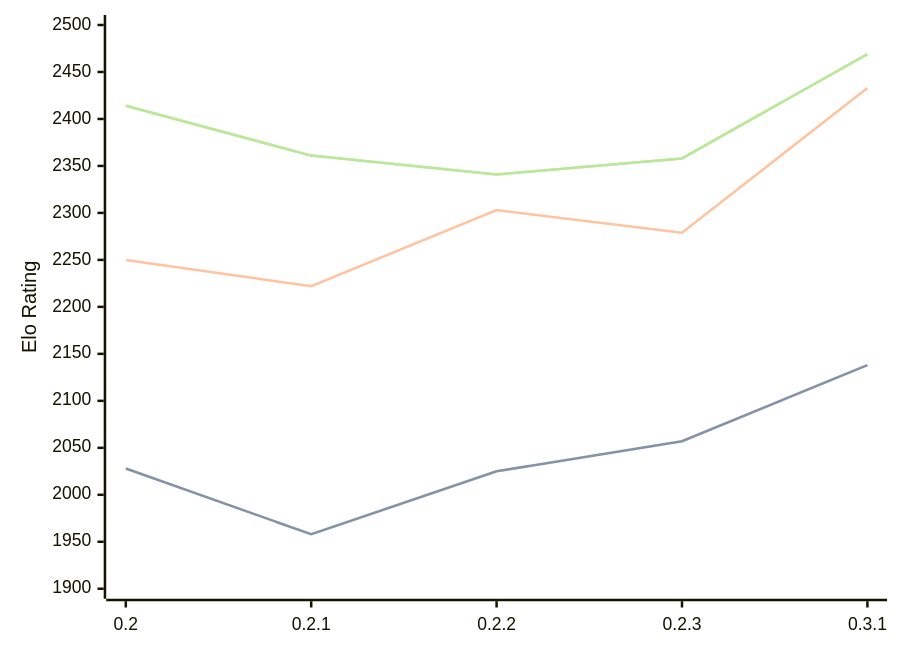
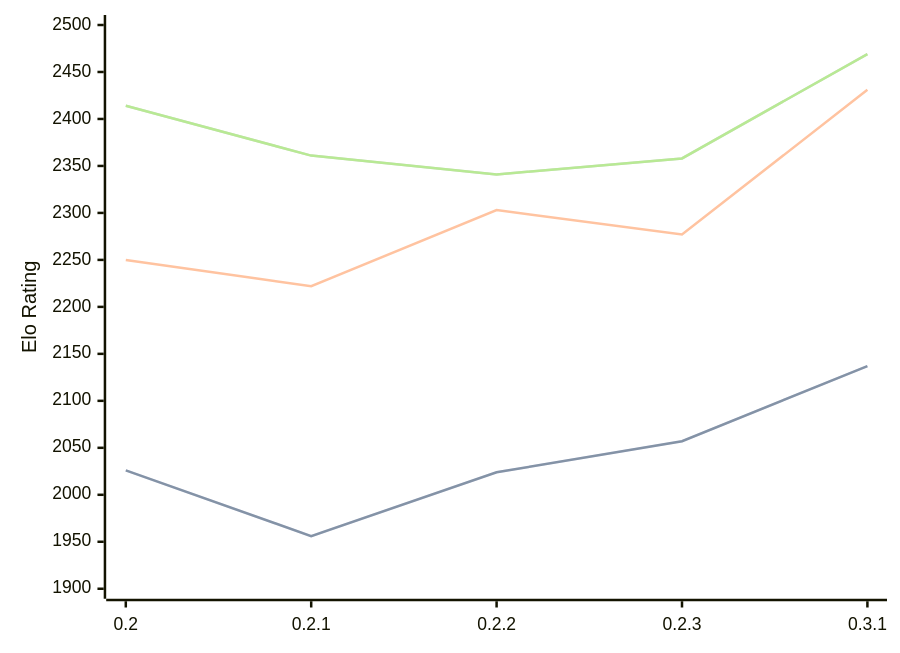
Before and after one commit to computer-chess-index/cci: the diagram in engines/Lolbot.md, drawn with Mermaid. The commit also changed other lines of this file, not shown here.

````diff
--- a/engines/Lolbot.md
+++ b/engines/Lolbot.md
@@ -36,11 +36,11 @@
 ```mermaid
 %%{init: {"theme":"base","themeVariables":{"seriesColors:['#a3a3a3','#222221','#faa371']}}}%%
 xychart-beta
   x-axis ["0.2", "0.2.1", "0.2.2", "0.2.3", "0.3.1"]
   y-axis "Elo Rating" 1900 --> 2500
-  line "STC (8.0+0.08s)" [2028, 1958, 2025, 2057, 2138]
-  line "STC (8.0+0.08s)" [2028, 1958, 2025, 2057, 2138]
-  line "LTC (60.0+0.60s)" [2250, 2222, 2303, 2279, 2433]
+  line "STC (8.0+0.08s)" [2026, 1956, 2024, 2057, 2137]
+  line "STC (8.0+0.08s)" [2026, 1956, 2024, 2057, 2137]
+  line "LTC (60.0+0.60s)" [2250, 2222, 2303, 2277, 2431]
   line "VLTC (2m24s+1.12s)" [2414, 2361, 2341, 2358, 2469]
   line "VLTC (2m24s+1.12s)" [2414, 2361, 2341, 2358, 2469]
 ```
````
